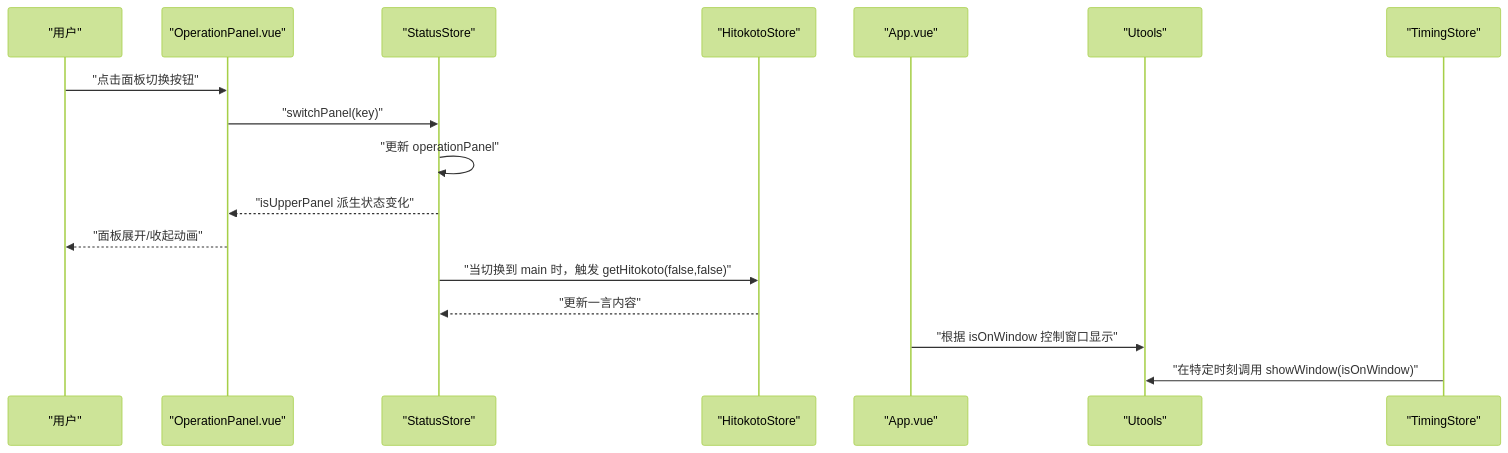
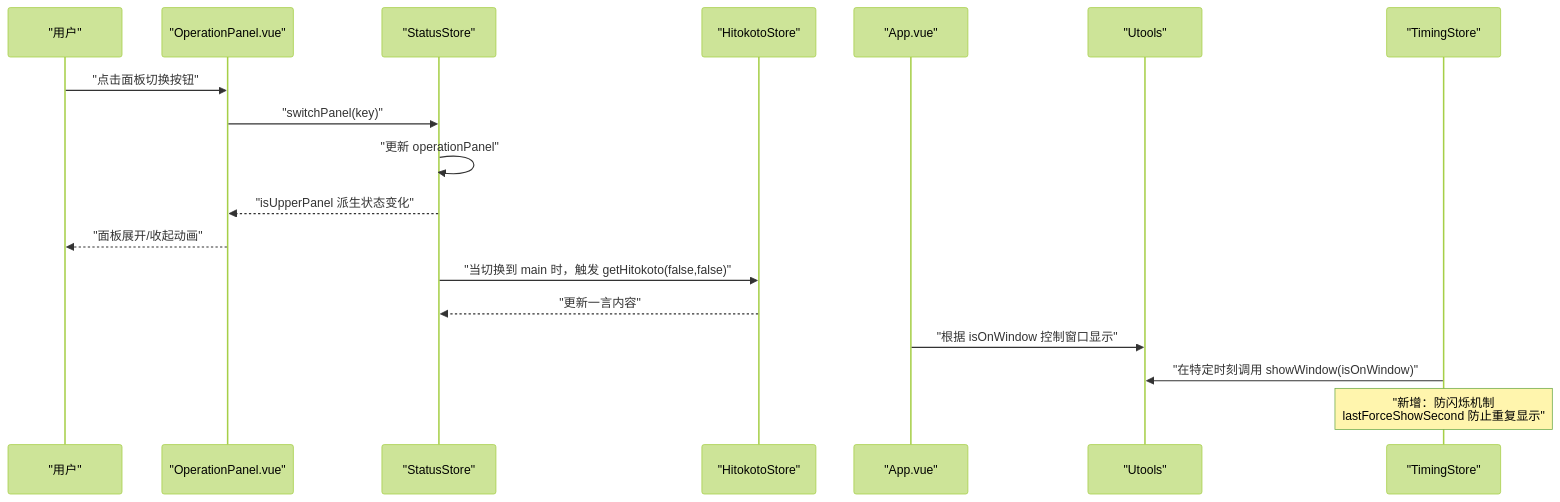
One commit to kqcoxn/utools-releax-tip changed the second of 7 diagrams in .qoder/repowiki/zh/content/状态管理/界面状态管理.md. Above: the diagram before and after it, drawn with Mermaid (forest theme). The commit also changed other lines of this file and 4 other files, not shown here.

````diff
--- a/.qoder/repowiki/zh/content/状态管理/界面状态管理.md
+++ b/.qoder/repowiki/zh/content/状态管理/界面状态管理.md
@@ -116,19 +125,20 @@
 ```mermaid
 sequenceDiagram
 participant User as "用户"
 participant OP as "OperationPanel.vue"
 participant SS as "StatusStore"
 participant HS as "HitokotoStore"
 participant App as "App.vue"
 participant UT as "Utools"
 participant TS as "TimingStore"
 User->>OP : "点击面板切换按钮"
 OP->>SS : "switchPanel(key)"
 SS->>SS : "更新 operationPanel"
 SS-->>OP : "isUpperPanel 派生状态变化"
 OP-->>User : "面板展开/收起动画"
 SS->>HS : "当切换到 main 时，触发 getHitokoto(false,false)"
 HS-->>SS : "更新一言内容"
 App->>UT : "根据 isOnWindow 控制窗口显示"
 TS->>UT : "在特定时刻调用 showWindow(isOnWindow)"
+Note over TS : "新增：防闪烁机制<br/>lastForceShowSecond 防止重复显示"
 ```
````
